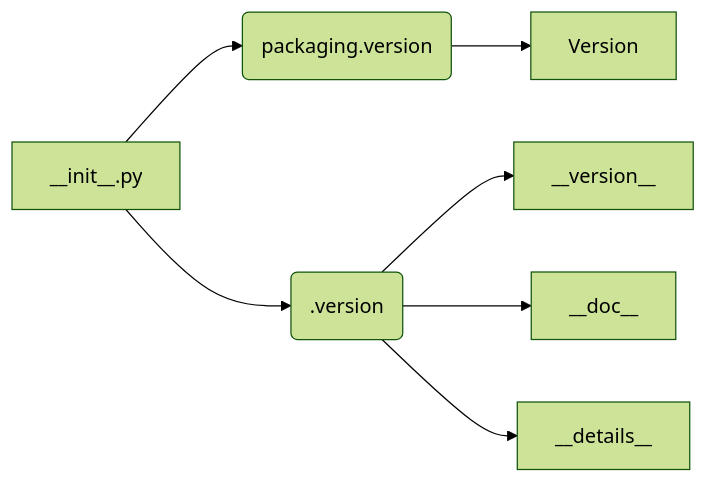
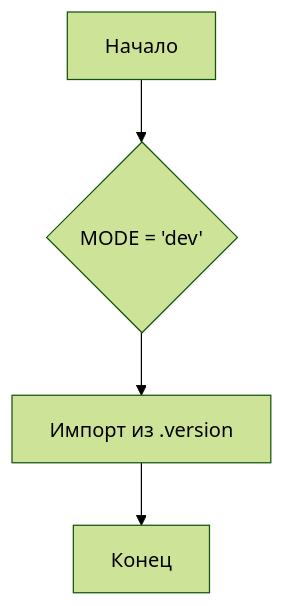
The diagram in docs/gemini/ru/explainer/src/product/_examples/__init__.md (hypo69/hypo), drawn with Mermaid (forest theme) before and after one commit. The commit also changed other lines of this file and 468 other files, not shown here.

````diff
--- a/docs/gemini/ru/explainer/src/product/_examples/__init__.md
+++ b/docs/gemini/ru/explainer/src/product/_examples/__init__.md
@@ -59,9 +66,6 @@
 ```mermaid
-graph LR
-    A[__init__.py] --> B(packaging.version);
-    A --> C(.version);
-    B --> D[Version];
-    C --> E[__version__];
-    C --> F[__doc__];
-    C --> G[__details__];
+graph TD
+    A[Начало] --> B{MODE = 'dev'};
+    B --> C[Импорт из .version];
+    C --> D[Конец];
 ```
````
